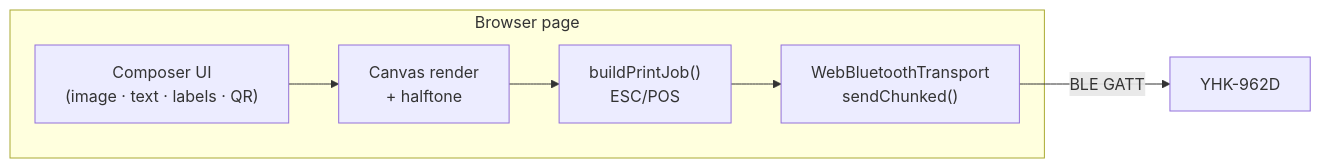
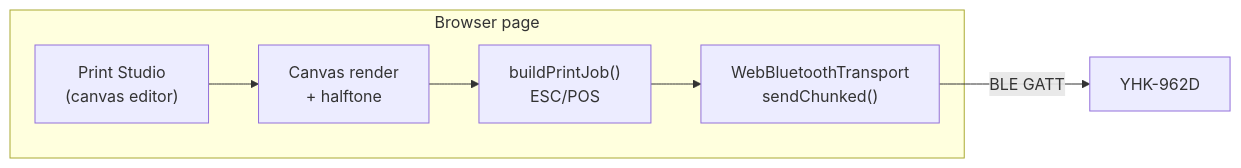
Before and after one commit to hmvs/yhk-mini-printer: the diagram in docs/architecture.md, drawn with Mermaid. The commit also changed other lines of this file and 17 other files, not shown here.

````diff
--- a/docs/architecture.md
+++ b/docs/architecture.md
@@ -7,13 +7,13 @@
 ```mermaid
 flowchart LR
   subgraph page ["Browser page"]
-    UI["Composer UI<br/>(image · text · labels · QR)"]
+    UI["Print Studio<br/>(canvas editor)"]
     Render["Canvas render<br/>+ halftone"]
     Escpos["buildPrintJob()<br/>ESC/POS"]
     Transport["WebBluetoothTransport<br/>sendChunked()"]
     UI --> Render --> Escpos --> Transport
   end
 
   Printer["YHK-962D"]
   Transport -->|"BLE GATT"| Printer
 ```
````
